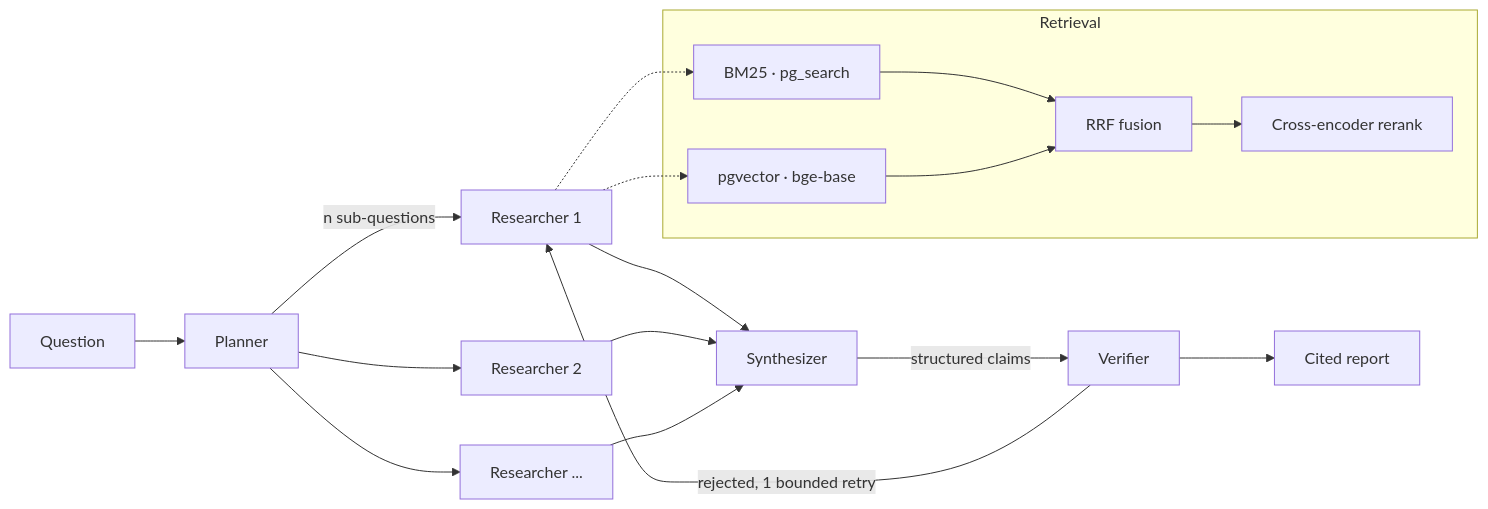
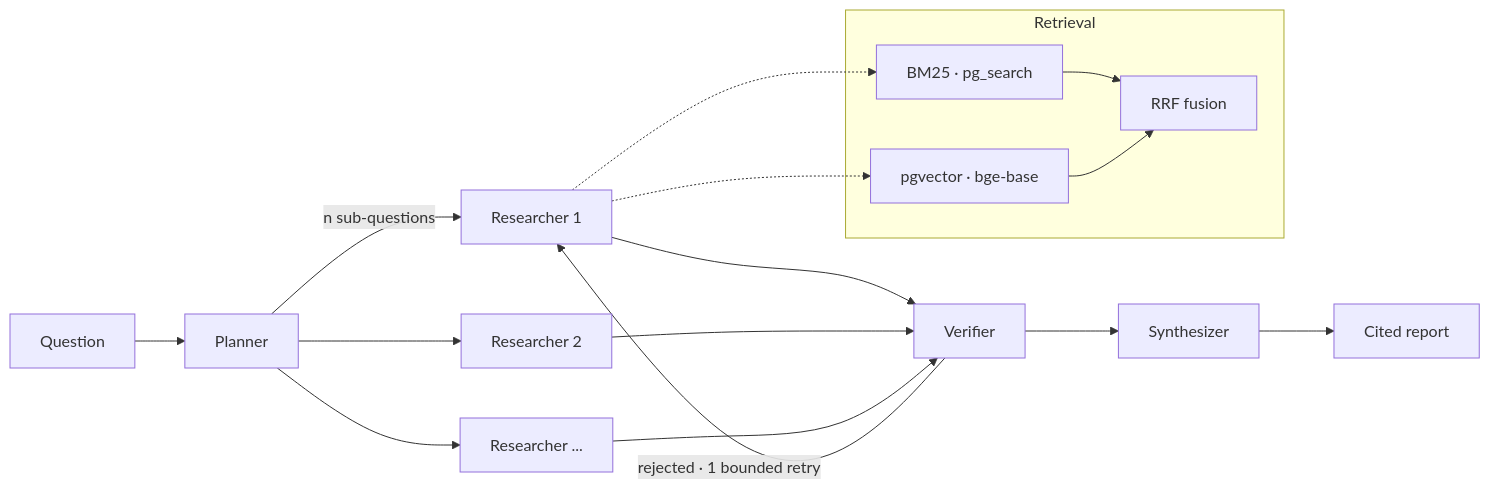
Before and after one commit to Albin-Carlsson/AgentForge: the diagram in README.md, drawn with Mermaid. The commit also changed other lines of this file, not shown here.

````diff
--- a/README.md
+++ b/README.md
@@ -116,21 +116,19 @@
 ```mermaid
 flowchart LR
     Q[Question] --> P[Planner]
     P -->|n sub-questions| R1[Researcher 1]
     P --> R2[Researcher 2]
     P --> R3[Researcher ...]
-    R1 --> S[Synthesizer]
-    R2 --> S
-    R3 --> S
-    S -->|structured claims| V[Verifier]
-    V -->|rejected, 1 bounded retry| R1
-    V --> OUT[Cited report]
+    R1 --> V[Verifier]
+    R2 --> V
+    R3 --> V
+    V -->|rejected · 1 bounded retry| R1
+    V --> S[Synthesizer] --> OUT[Cited report]
 
     subgraph Retrieval
       BM[BM25 · pg_search] --> RRF[RRF fusion]
       DV[pgvector · bge-base] --> RRF
-      RRF --> RR[Cross-encoder rerank]
     end
     R1 -.-> BM
     R1 -.-> DV
 ```
````
